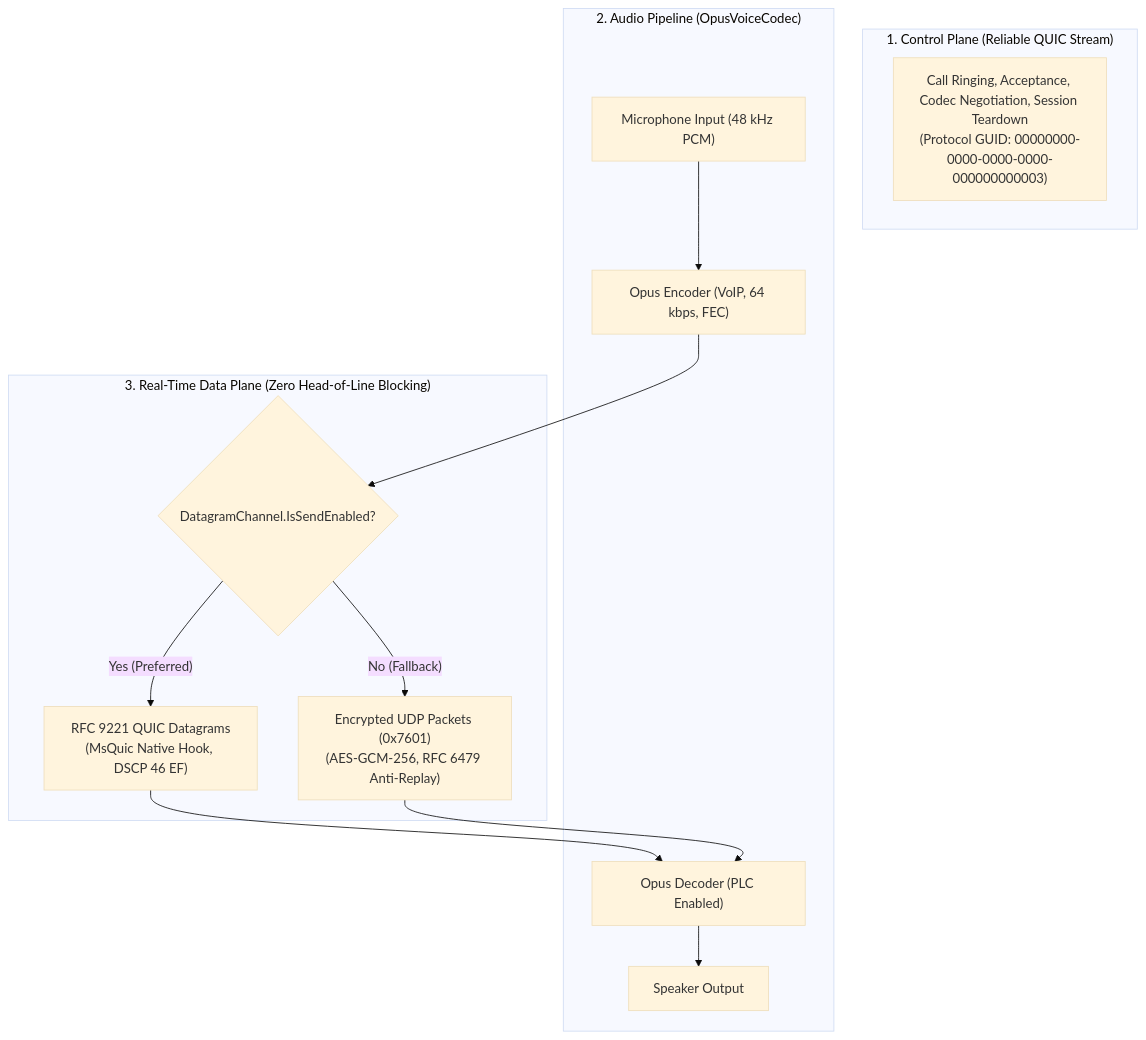
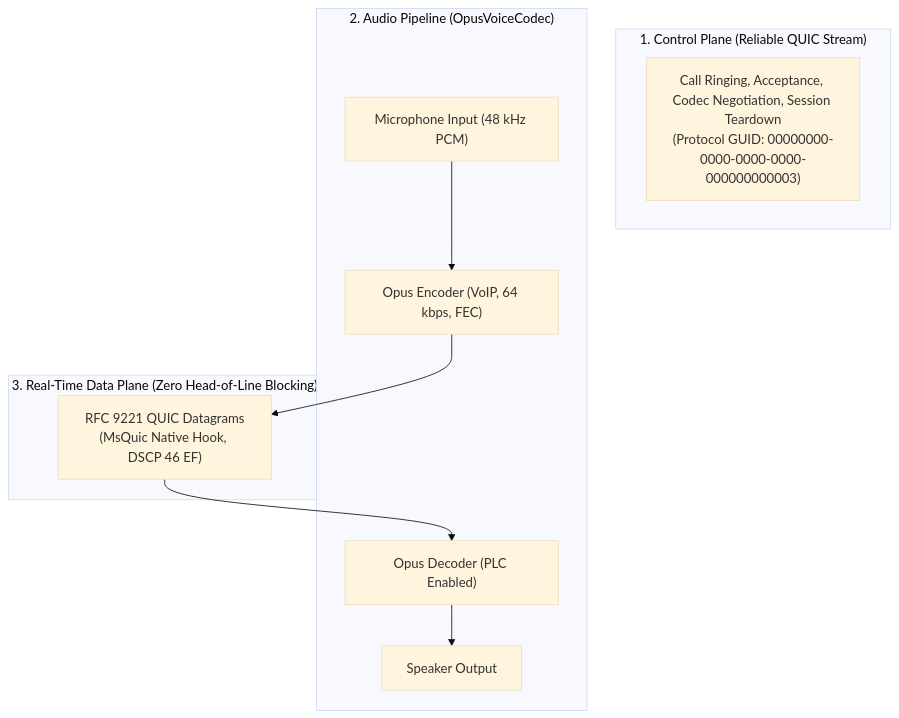
Before and after one commit to Mrgaton/QuicPunch: the diagram in doc/protocols/voice-call-protocol.md, drawn with Mermaid (base theme). The commit also changed other lines of this file and 176 other files, not shown here.

````diff
--- a/doc/protocols/voice-call-protocol.md
+++ b/doc/protocols/voice-call-protocol.md
@@ -23,22 +22,18 @@
 ```mermaid
 graph TD
     subgraph Signaling [" 1. Control Plane (Reliable QUIC Stream)"]
         Signal["Call Ringing, Acceptance, Codec Negotiation, Session Teardown
 (Protocol GUID: 00000000-0000-0000-0000-000000000003)"]
     end
 
     subgraph AudioEngine [" 2. Audio Pipeline (OpusVoiceCodec)"]
         Mic["Microphone Input (48 kHz PCM)"] --> Enc["Opus Encoder (VoIP, 64 kbps, FEC)"]
         Dec["Opus Decoder (PLC Enabled)"] --> Spk["Speaker Output"]
     end
 
     subgraph FastTransport [" 3. Real-Time Data Plane (Zero Head-of-Line Blocking)"]
-        Enc --> CheckDgram{"DatagramChannel.IsSendEnabled?"}
-        CheckDgram -- "Yes (Preferred)" --> Dgram["RFC 9221 QUIC Datagrams
+        Enc --> Dgram["RFC 9221 QUIC Datagrams
 (MsQuic Native Hook, DSCP 46 EF)"]
-        CheckDgram -- "No (Fallback)" --> UdpData["Encrypted UDP Packets (0x7601)
-(AES-GCM-256, RFC 6479 Anti-Replay)"]
         Dgram --> Dec
-        UdpData --> Dec
     end
 ```
````
